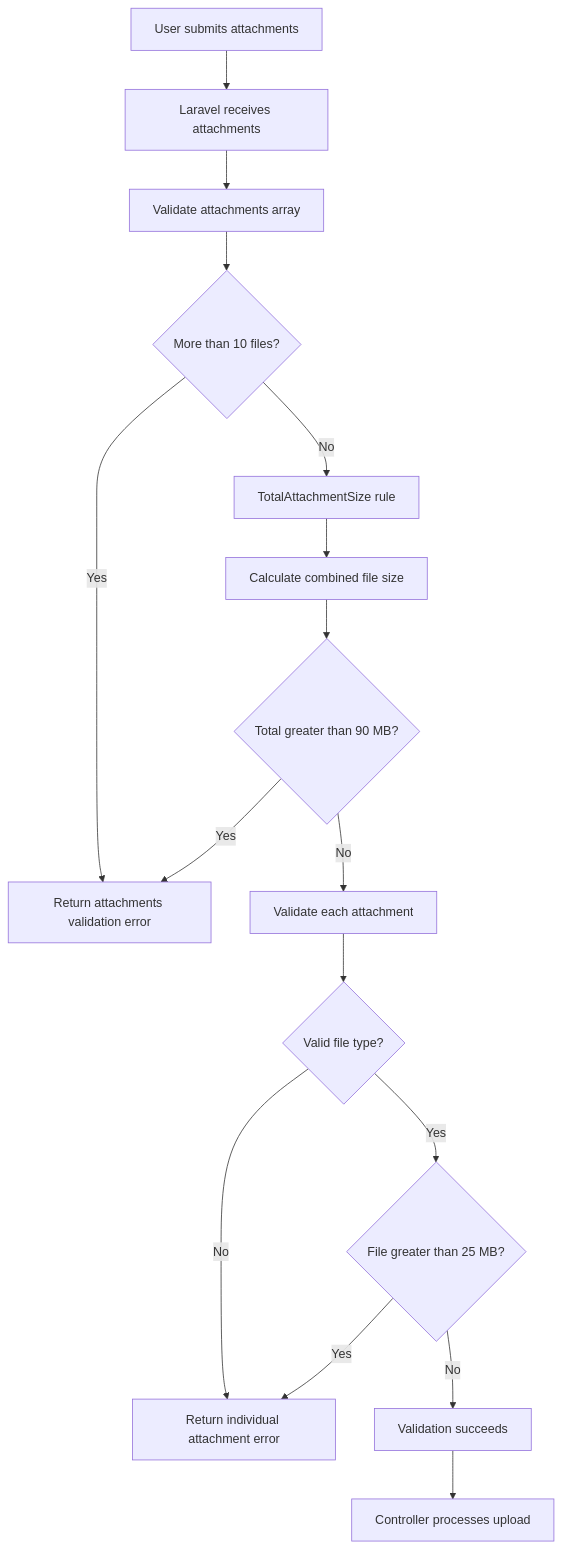
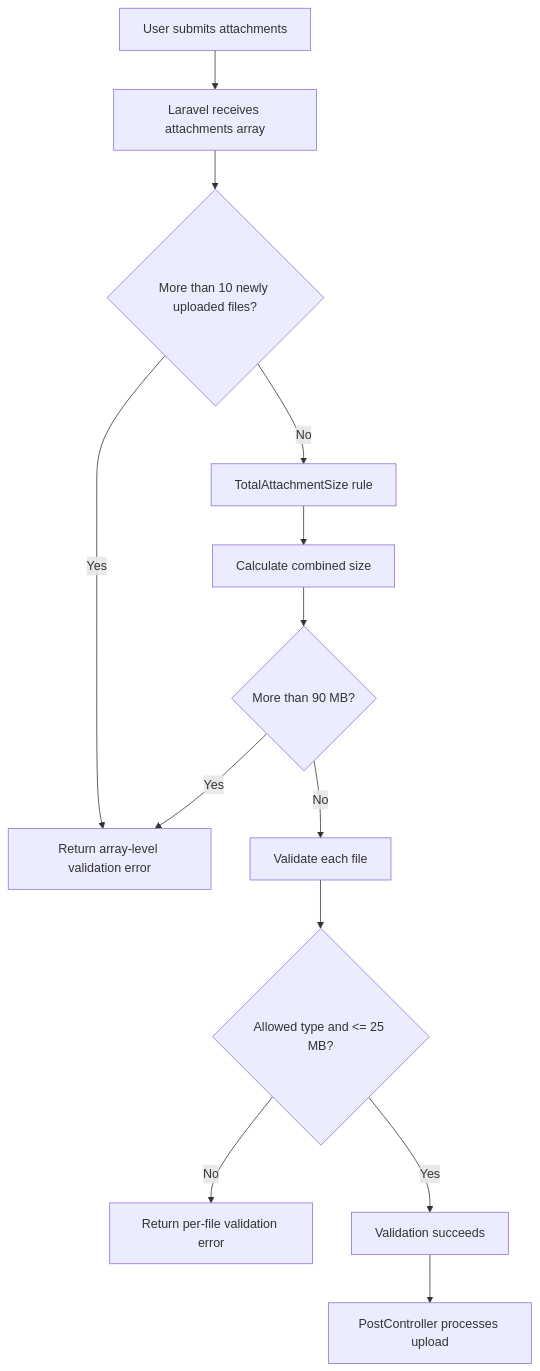
One commit to Paradox-Work/Poet-Web changed the diagram in docs/attachment-size-validation.md. Above: the diagram before and after it, drawn with Mermaid. The commit also changed other lines of this file, not shown here.

Commit message:
docs: clarify attachment size validation

````diff
--- a/docs/attachment-size-validation.md
+++ b/docs/attachment-size-validation.md
@@ -23,25 +31,28 @@
 ```mermaid
 flowchart TD
-    A[User submits attachments] --> B[Laravel receives attachments]
+    A[User submits attachments]
+    B[Laravel receives attachments array]
+    C{More than 10 newly uploaded files?}
+    D[Return array-level validation error]
+    E[TotalAttachmentSize rule]
+    F[Calculate combined size]
+    G{More than 90 MB?}
+    H[Validate each file]
+    I{Allowed type and <= 25 MB?}
+    J[Return per-file validation error]
+    K[Validation succeeds]
+    L[PostController processes upload]
 
-    B --> C[Validate attachments array]
-
-    C --> D{More than 10 files?}
-    D -->|Yes| E[Return attachments validation error]
-    D -->|No| F[TotalAttachmentSize rule]
-
-    F --> G[Calculate combined file size]
-    G --> H{Total greater than 90 MB?}
-
-    H -->|Yes| E
-    H -->|No| I[Validate each attachment]
-
-    I --> J{Valid file type?}
-    J -->|No| K[Return individual attachment error]
-    J -->|Yes| L{File greater than 25 MB?}
-
-    L -->|Yes| K
-    L -->|No| M[Validation succeeds]
-
-    M --> N[Controller processes upload]
+    A --> B
+    B --> C
+    C -- Yes --> D
+    C -- No --> E
+    E --> F
+    F --> G
+    G -- Yes --> D
+    G -- No --> H
+    H --> I
+    I -- No --> J
+    I -- Yes --> K
+    K --> L
 ```
````
